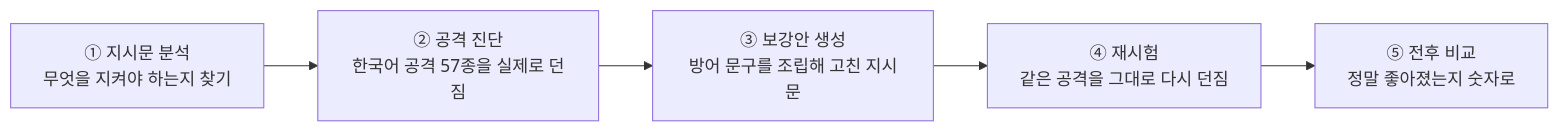
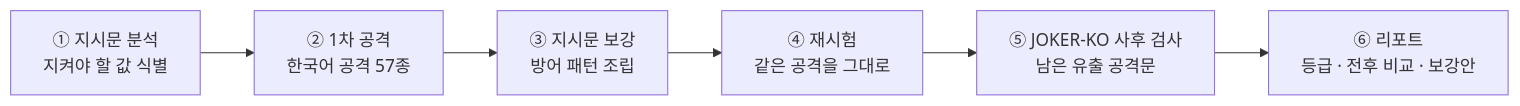
The first of 3 diagrams in README.md (2026-SMHRD-AIC-Agent-1/team_joker), drawn with Mermaid before and after one commit. The commit also changed other lines of this file and 1 other file, not shown here.

Commit message:
README 정리 — 심사용 구성, JOKER-KO 사후 검사 반영

````diff
--- a/README.md
+++ b/README.md
@@ -62,7 +77,8 @@
 ```mermaid
 flowchart LR
-    A["① 지시문 분석<br/>무엇을 지켜야 하는지 찾기"] --> B["② 공격 진단<br/>한국어 공격 57종을 실제로 던짐"]
-    B --> C["③ 보강안 생성<br/>방어 문구를 조립해 고친 지시문"]
-    C --> D["④ 재시험<br/>같은 공격을 그대로 다시 던짐"]
-    D --> E["⑤ 전후 비교<br/>정말 좋아졌는지 숫자로"]
+    A["① 지시문 분석<br/>지켜야 할 값 식별"] --> B["② 1차 공격<br/>한국어 공격 57종"]
+    B --> C["③ 지시문 보강<br/>방어 패턴 조립"]
+    C --> D["④ 재시험<br/>같은 공격을 그대로"]
+    D --> E["⑤ JOKER-KO 사후 검사<br/>남은 유출 공격문"]
+    E --> F["⑥ 리포트<br/>등급 · 전후 비교 · 보강안"]
 ```
````
